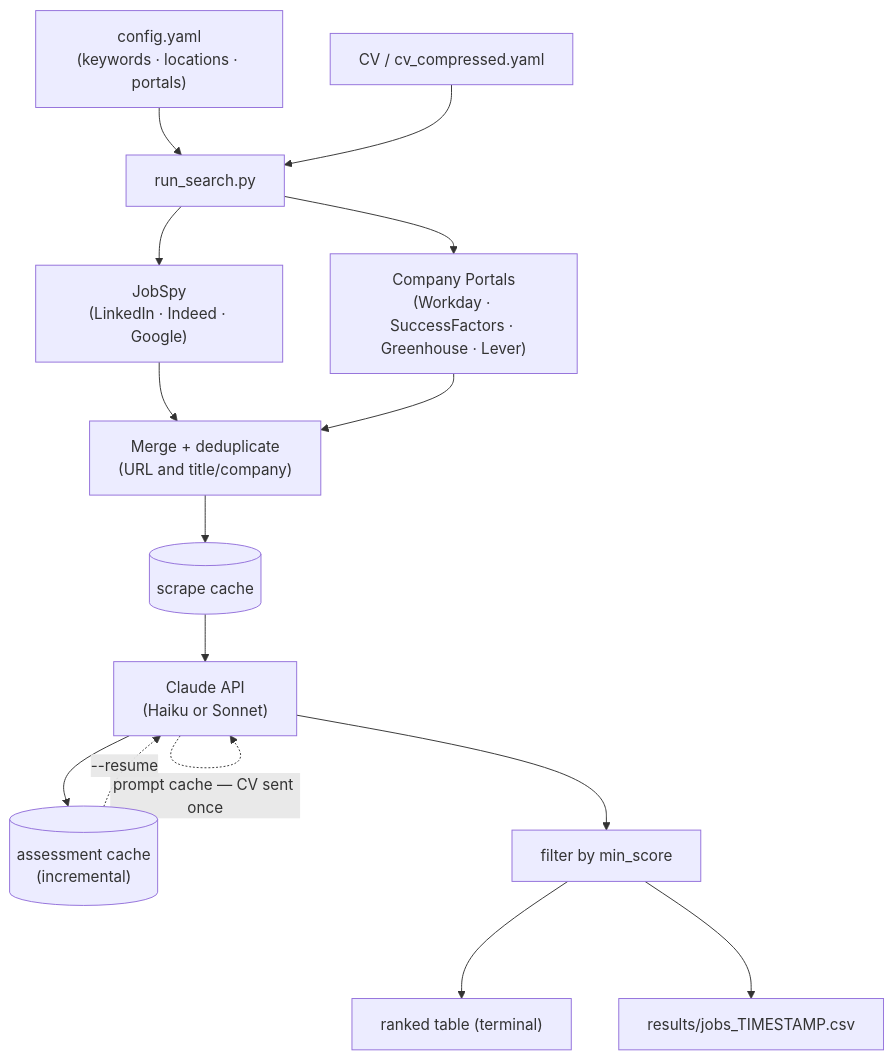
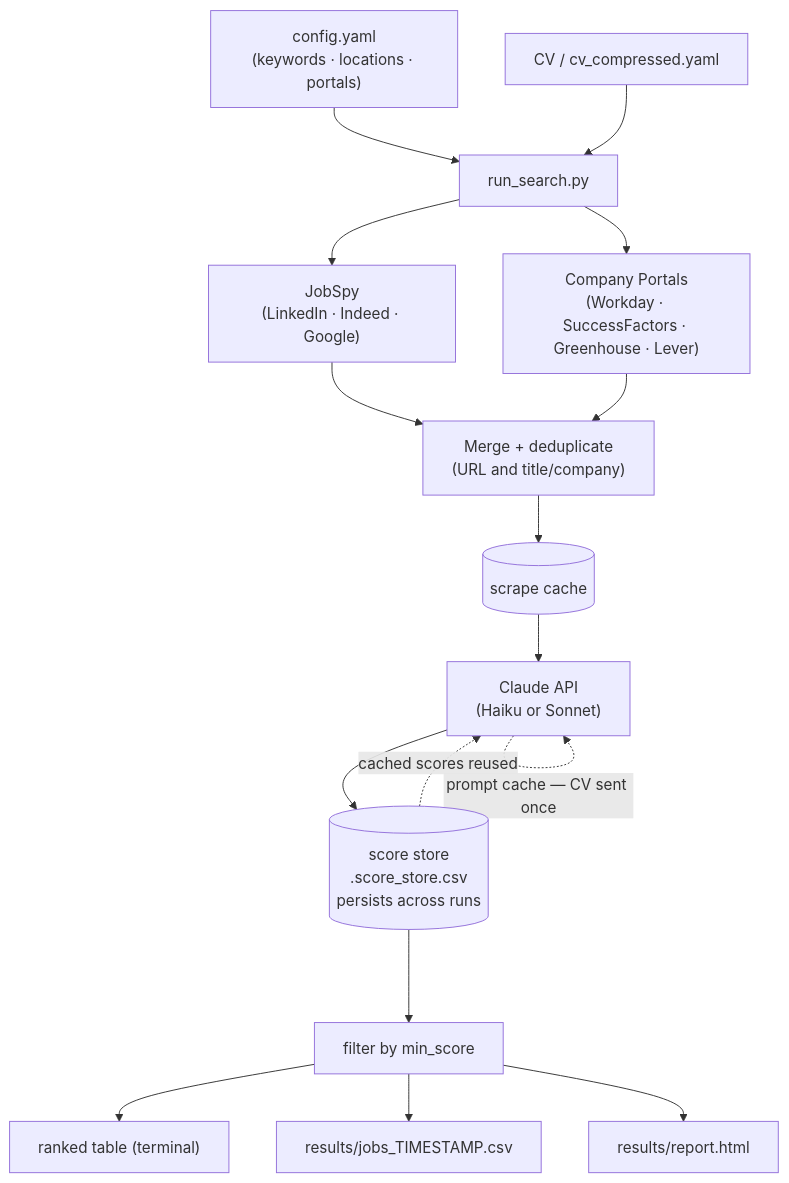
Before and after one commit to s-weissbach/job_search_automation: the diagram in README.md, drawn with Mermaid. The commit also changed other lines of this file and 1 other file, not shown here.

````diff
--- a/README.md
+++ b/README.md
@@ -7,25 +7,26 @@
 ```mermaid
 flowchart TD
     CFG["config.yaml\n(keywords · locations · portals)"]
     CV["CV / cv_compressed.yaml"]
 
     CFG --> RUN["run_search.py"]
     CV  --> RUN
 
     RUN --> JS["JobSpy\n(LinkedIn · Indeed · Google)"]
     RUN --> CP["Company Portals\n(Workday · SuccessFactors · Greenhouse · Lever)"]
 
     JS  --> DEDUP["Merge + deduplicate\n(URL and title/company)"]
     CP  --> DEDUP
 
     DEDUP --> SC[("scrape cache")]
 
     SC --> CL["Claude API\n(Haiku or Sonnet)"]
     CL -. "prompt cache — CV sent once" .-> CL
-    CL --> AC[("assessment cache\n(incremental)")]
-    AC -. "--resume" .-> CL
+    CL --> SS[("score store\n.score_store.csv\npersists across runs")]
+    SS -. "cached scores reused" .-> CL
 
-    CL --> F["filter by min_score"]
+    SS --> F["filter by min_score"]
     F  --> T["ranked table (terminal)"]
     F  --> CSV["results/jobs_TIMESTAMP.csv"]
+    F  --> HTML["results/report.html"]
 ```
````
